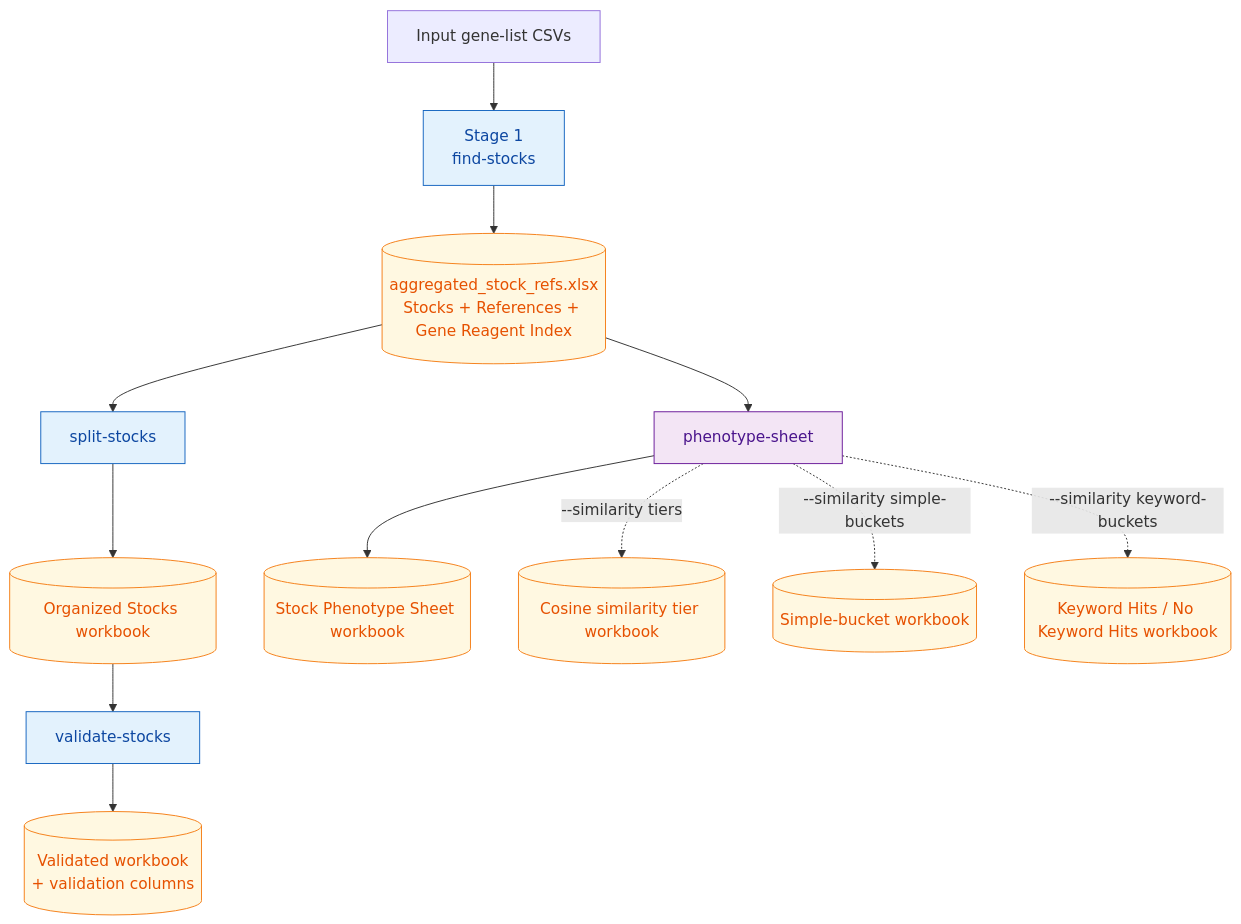
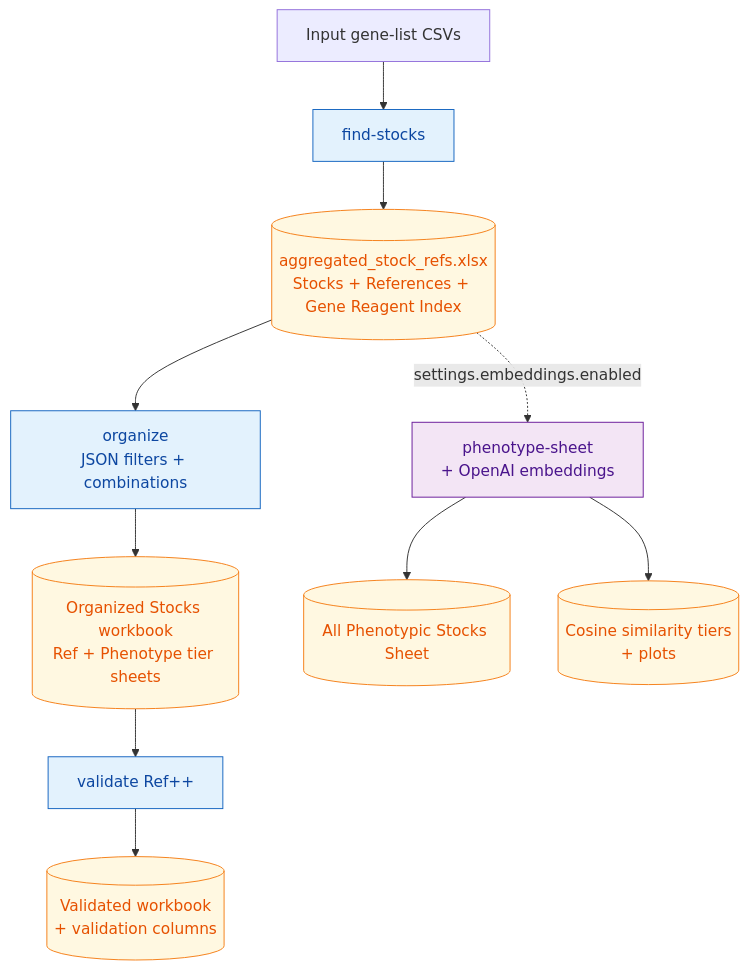
The second of 3 diagrams in docs/pipeline_flowcharts.md (aadish98/fl.AI-reagent-stocker), drawn with Mermaid before and after one commit. The commit also changed other lines of this file and 32 other files, not shown here.

````diff
--- a/docs/pipeline_flowcharts.md
+++ b/docs/pipeline_flowcharts.md
@@ -127,23 +125,21 @@
 ```mermaid
 flowchart TD
-    A[Input gene-list CSVs] --> S1[Stage 1<br/>find-stocks]
+    A[Input gene-list CSVs] --> S1[find-stocks]
     S1 --> O1[(aggregated_stock_refs.xlsx<br/>Stocks + References + Gene Reagent Index)]
 
-    O1 --> S2[split-stocks]
-    S2 --> O2[(Organized Stocks workbook)]
-    O2 --> S3[validate-stocks]
+    O1 --> S2[organize<br/>JSON filters + combinations]
+    S2 --> O2[(Organized Stocks workbook<br/>Ref + Phenotype tier sheets)]
+    O2 --> S3[validate Ref++]
     S3 --> O3[(Validated workbook<br/>+ validation columns)]
 
-    O1 --> PS[phenotype-sheet]
-    PS --> P1[(Stock Phenotype Sheet workbook)]
-    PS -. --similarity tiers .-> P2[(Cosine similarity tier workbook)]
-    PS -. --similarity simple-buckets .-> P3[(Simple-bucket workbook)]
-    PS -. --similarity keyword-buckets .-> P4[(Keyword Hits / No Keyword Hits workbook)]
+    O1 -. "settings.embeddings.enabled" .-> PS[phenotype-sheet<br/>+ OpenAI embeddings]
+    PS --> P1[(All Phenotypic Stocks Sheet)]
+    PS --> P2[(Cosine similarity tiers<br/>+ plots)]
 
     classDef stage fill:#e3f2fd,stroke:#1565c0,color:#0d47a1
     classDef artifact fill:#fff8e1,stroke:#f57f17,color:#e65100
     classDef pheno fill:#f3e5f5,stroke:#6a1b9a,color:#4a148c
     class S1,S2,S3 stage
     class PS pheno
-    class O1,O2,O3,P1,P2,P3,P4 artifact
+    class O1,O2,O3,P1,P2 artifact
 ```
````
